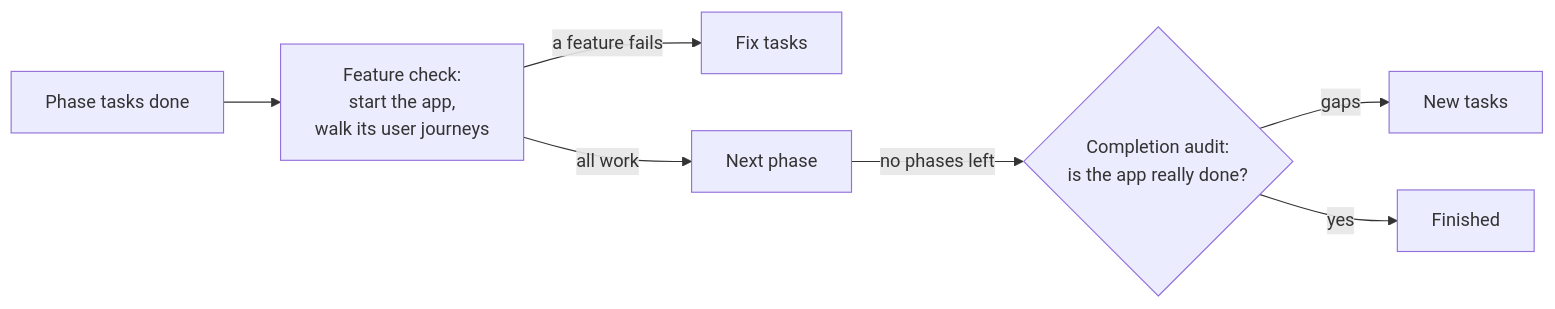
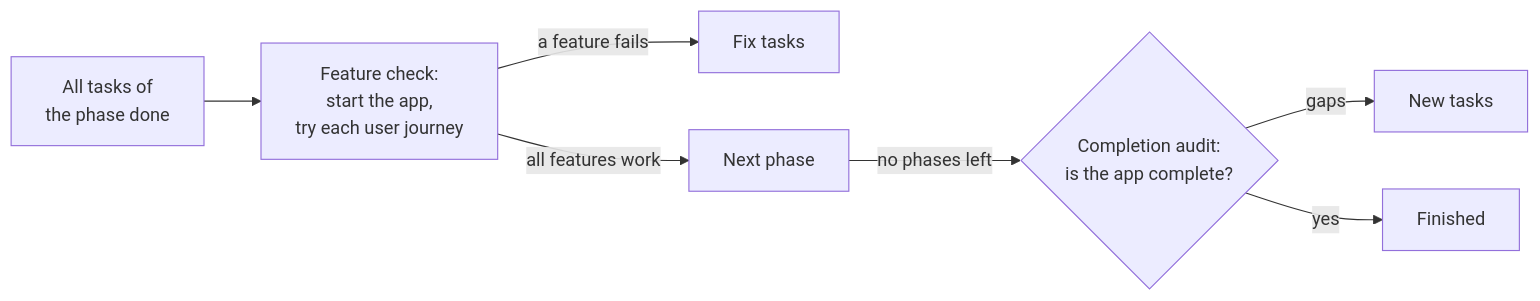
One commit to manishjnv/AutoPilot changed the fourth of 5 diagrams in ARCHITECTURE.md. Above: the diagram before and after it, drawn with Mermaid. The commit also changed other lines of this file and 5 other files, not shown here.

````diff
--- a/ARCHITECTURE.md
+++ b/ARCHITECTURE.md
@@ -66,9 +79,11 @@
 ```mermaid
 flowchart LR
-    phase["Phase tasks done"] --> check["Feature check:<br/>start the app,<br/>walk its user journeys"]
+    accTitle: When a phase or the plan is complete
+    accDescr: At the end of a phase, a feature check starts the app and tries each user journey. A failed feature becomes a fix task. When no phases are left, a completion audit adds new tasks for gaps or ends the run.
+    phase["All tasks of<br/>the phase done"] --> check["Feature check:<br/>start the app,<br/>try each user journey"]
     check -->|a feature fails| fix["Fix tasks"]
-    check -->|all work| next["Next phase"]
-    next -->|no phases left| audit{"Completion audit:<br/>is the app really done?"}
+    check -->|all features work| next["Next phase"]
+    next -->|no phases left| audit{"Completion audit:<br/>is the app complete?"}
     audit -->|gaps| more["New tasks"]
     audit -->|yes| done["Finished"]
 ```
````
